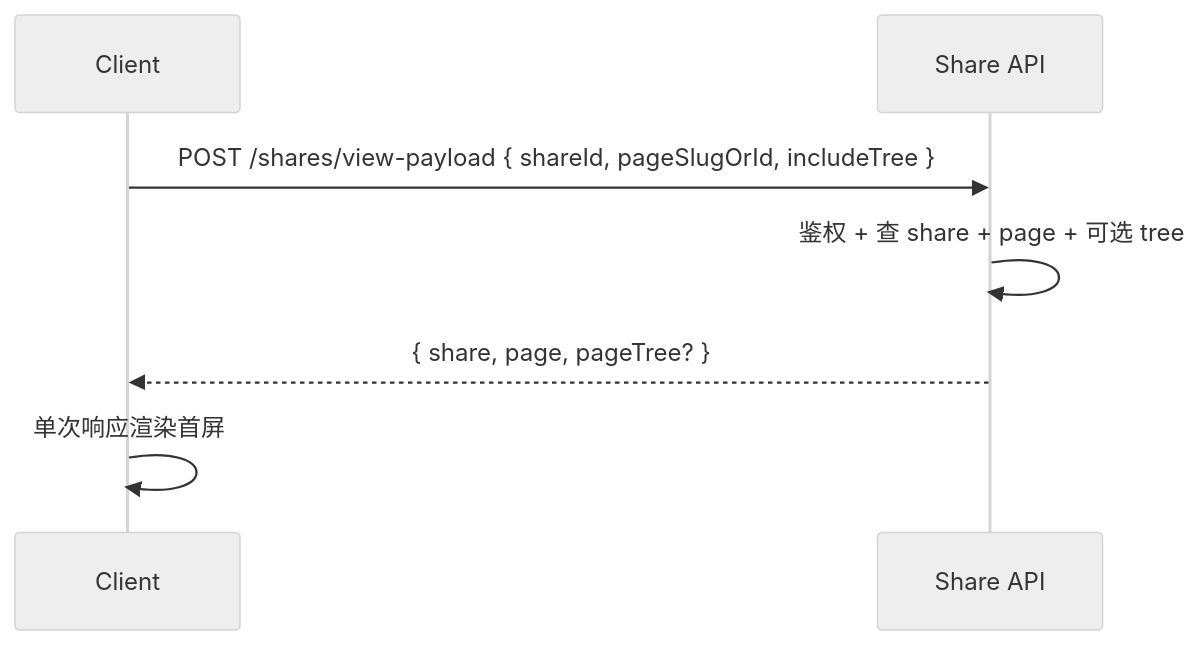
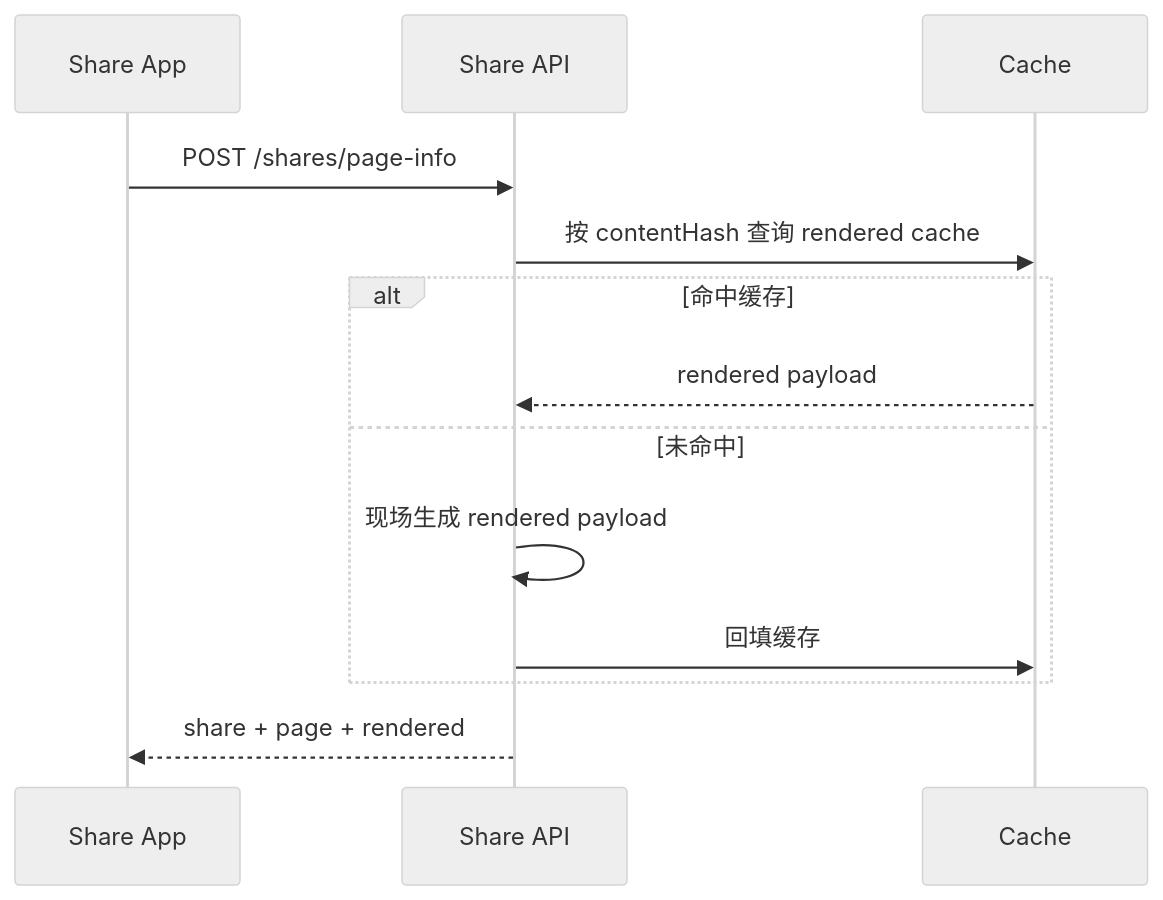
One commit to wushushuochanpin/docmost changed the fifth of 5 diagrams in docs/prd/20260305_01_share-page-performance/05_时序与状态机.md. Above: the diagram before and after it, drawn with Mermaid (neutral theme). The commit also changed other lines of this file and 82 other files, not shown here.

First line of the commit message:
feat: share page performance (SSR/static) & share password expiry 30m

````diff
--- a/docs/prd/20260305_01_share-page-performance/05_时序与状态机.md
+++ b/docs/prd/20260305_01_share-page-performance/05_时序与状态机.md
@@ -68,10 +115,16 @@
 ```mermaid
 sequenceDiagram
-    participant C as Client
+    participant S as Share App
     participant API as Share API
+    participant C as Cache
 
-    C->>API: POST /shares/view-payload { shareId, pageSlugOrId, includeTree }
-    API->>API: 鉴权 + 查 share + page + 可选 tree
-    API-->>C: { share, page, pageTree? }
-    C->>C: 单次响应渲染首屏
+    S->>API: POST /shares/page-info
+    API->>C: 按 contentHash 查询 rendered cache
+    alt 命中缓存
+        C-->>API: rendered payload
+    else 未命中
+        API->>API: 现场生成 rendered payload
+        API->>C: 回填缓存
+    end
+    API-->>S: share + page + rendered
 ```
````
